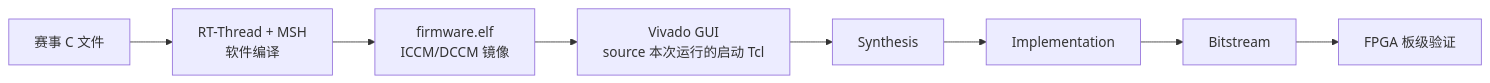
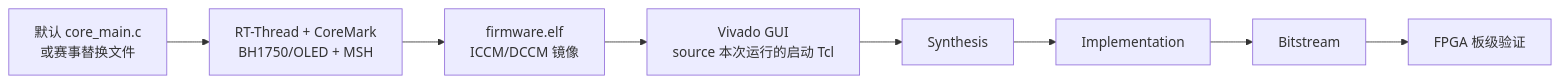
Before and after one commit to jiabingyu2024/SocRV: the diagram in docs/competition_final_workflow.md, drawn with Mermaid. The commit also changed other lines of this file and 2 other files, not shown here.

````diff
--- a/docs/competition_final_workflow.md
+++ b/docs/competition_final_workflow.md
@@ -16,10 +26,10 @@
 ```mermaid
 flowchart LR
-    A["赛事 C 文件"] --> B["RT-Thread + MSH<br/>软件编译"]
+    A["默认 core_main.c<br/>或赛事替换文件"] --> B["RT-Thread + CoreMark<br/>BH1750/OLED + MSH"]
     B --> C["firmware.elf<br/>ICCM/DCCM 镜像"]
     C --> D["Vivado GUI<br/>source 本次运行的启动 Tcl"]
     D --> E["Synthesis"]
     E --> F["Implementation"]
     F --> G["Bitstream"]
     G --> H["FPGA 板级验证"]
 ```
````
